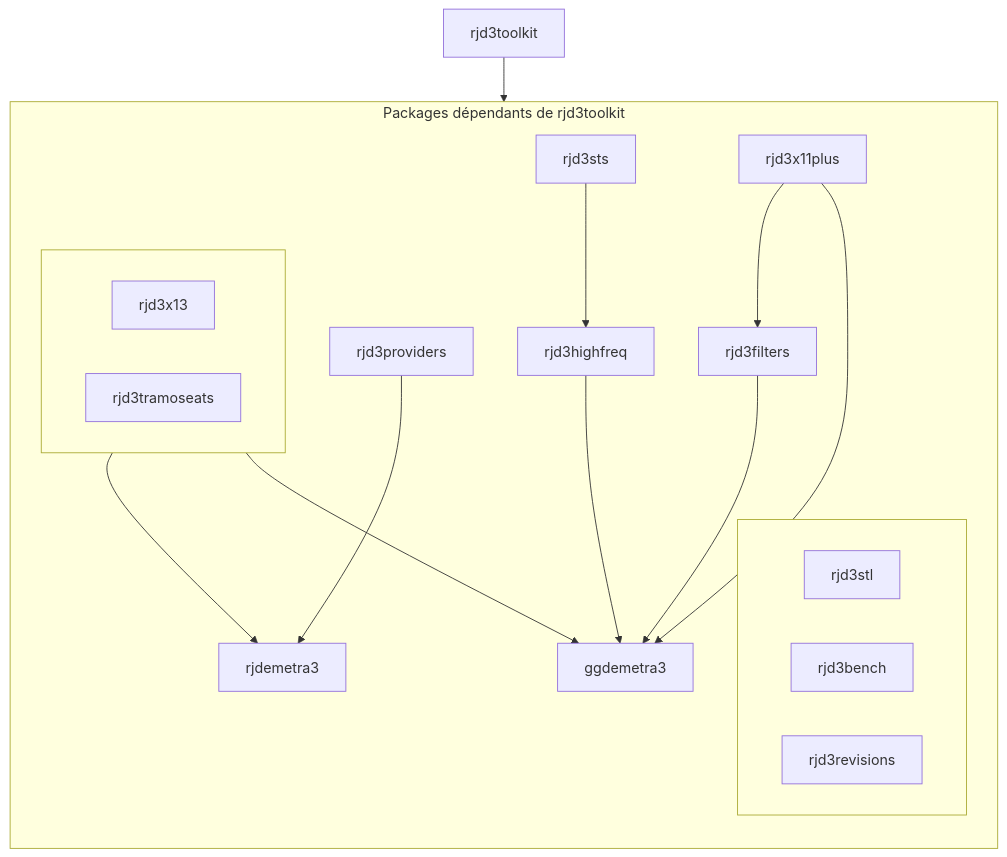
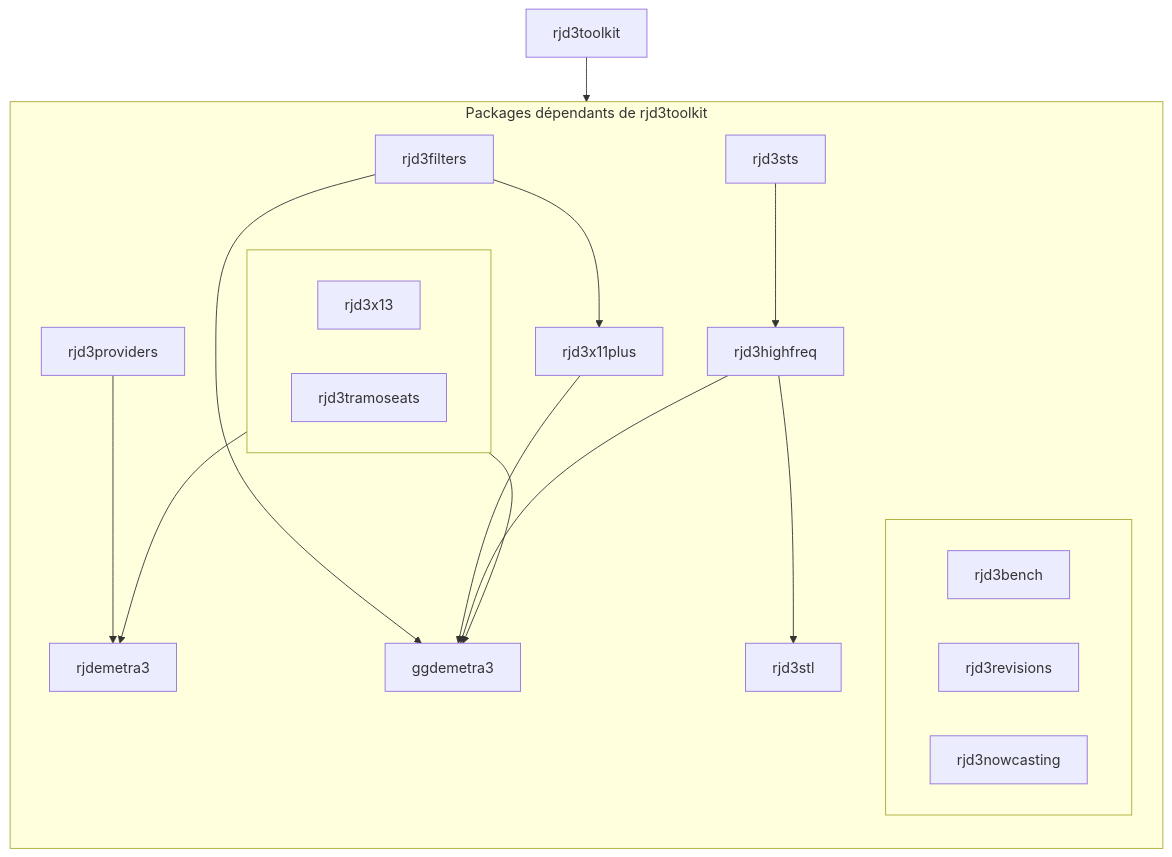
Before and after one commit to TanguyBarthelemy/JD-Tutorials: the diagram in readme.md, drawn with Mermaid. The commit also changed 1 other file, not shown here.

Commit message:
update mermaid chart

````diff
--- a/readme.md
+++ b/readme.md
@@ -24,45 +24,47 @@
 ```mermaid
 flowchart TB
   subgraph rjd3toolkit_depends ["Packages dépendants de rjd3toolkit"]
   direction TB
   
     subgraph rjd3_other[" "]
-      rjd3stl
       rjd3bench
       rjd3revisions
+      rjd3nowcasting
     end
 
     subgraph rjd3x13_tramo[" "]
       rjd3x13
       rjd3tramoseats
     end
 
     rjd3providers --> rjdemetra3
     rjd3x13_tramo --> rjdemetra3
     rjd3x13_tramo --> ggdemetra3
 
     rjd3sts --> rjd3highfreq
-    rjd3x11plus --> rjd3filters
+    rjd3filters --> rjd3x11plus
     rjd3filters --> ggdemetra3
     rjd3x11plus --> ggdemetra3
     rjd3highfreq --> ggdemetra3
+    rjd3highfreq --> rjd3stl
 
 
   end
 
   rjd3toolkit --> rjd3toolkit_depends
 
   click rjd3toolkit "https://github.com/rjdemetra/rjd3toolkit" _blank
+  click rjd3nowcasting "https://github.com/rjdemetra/rjd3nowcasting" _blank
   click rjd3stl "https://github.com/rjdemetra/rjd3stl" _blank
   click rjd3highfreq "https://github.com/rjdemetra/rjd3highfreq" _blank
   click rjd3sts "https://github.com/rjdemetra/rjd3sts" _blank
   click rjd3x11plus "https://github.com/rjdemetra/rjd3x11plus" _blank
   click rjd3filters "https://github.com/rjdemetra/rjd3filters" _blank
   click rjd3providers "https://github.com/rjdemetra/rjd3providers" _blank
   click rjdemetra3 "https://github.com/rjdemetra/rjdemetra3" _blank
   click rjd3x13 "https://github.com/rjdemetra/rjd3x13" _blank
   click rjd3tramoseats "https://github.com/rjdemetra/rjd3tramoseats" _blank
   click rjd3bench "https://github.com/rjdemetra/rjd3bench" _blank
   click rjd3revisions "https://github.com/rjdemetra/rjd3revisions" _blank
   click ggdemetra3 "https://github.com/AQLT/ggdemetra3" _blank
 ```
````
